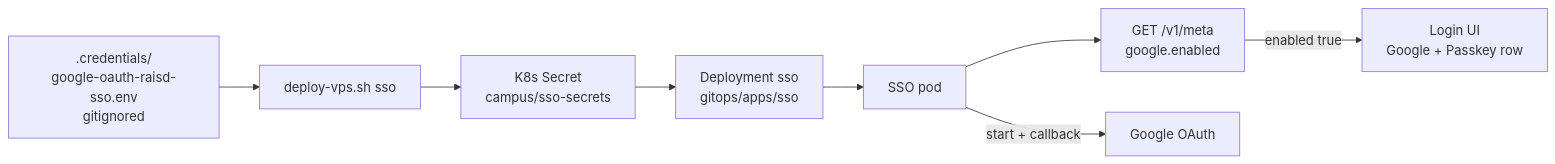
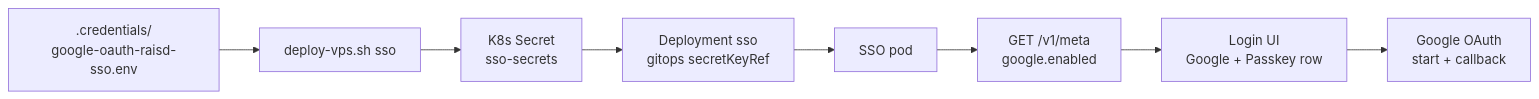
The diagram in diagrams/sso/mermaid/04-secrets-and-enable.mmd (raisd-campus/portal-api-docs), drawn with Mermaid before and after one commit. The commit also changed 8 other files, not shown here.

Commit message:
Mirror single-row left-to-right SSO architecture diagrams.

```diff
--- a/diagrams/sso/mermaid/04-secrets-and-enable.mmd
+++ b/diagrams/sso/mermaid/04-secrets-and-enable.mmd
@@ -1,9 +1,9 @@
 flowchart LR
-  CRED[".credentials/<br/>google-oauth-raisd-sso.env<br/>gitignored"]
-  --> DEPLOY["deploy-vps.sh sso"]
-  --> SECRET["K8s Secret<br/>campus/sso-secrets"]
-  --> DEP["Deployment sso<br/>gitops/apps/sso"]
-  --> POD["SSO pod"]
-  POD --> META["GET /v1/meta<br/>google.enabled"]
-  META -->|"enabled true"| UI["Login UI<br/>Google + Passkey row"]
-  POD -->|"start + callback"| GOOGLE[Google OAuth]
+  CRED[.credentials/<br/>google-oauth-raisd-sso.env]
+  --> DEPLOY[deploy-vps.sh sso]
+  --> SECRET[K8s Secret<br/>sso-secrets]
+  --> DEP[Deployment sso<br/>gitops secretKeyRef]
+  --> POD[SSO pod]
+  --> META[GET /v1/meta<br/>google.enabled]
+  --> UI[Login UI<br/>Google + Passkey row]
+  --> GO[Google OAuth<br/>start + callback]
```
